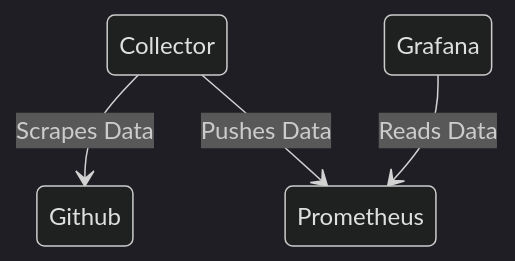
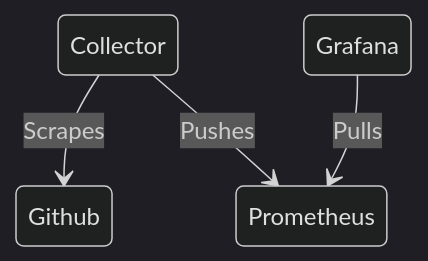
Before and after one commit to liatrio/o11y-demo: the diagram in README.md, drawn with Mermaid (dark theme).

Commit message:
docs: update mermaid arch diagram

````diff
--- a/README.md
+++ b/README.md
@@ -16,6 +16,6 @@
 ```mermaid
 stateDiagram-v2
-    Collector --> Github: Scrapes Data
-    Collector --> Prometheus: Pushes Data
-    Grafana --> Prometheus: Reads Data
+    Collector --> Github: Scrapes
+    Collector --> Prometheus: Pushes
+    Grafana --> Prometheus: Pulls
 ```
````
